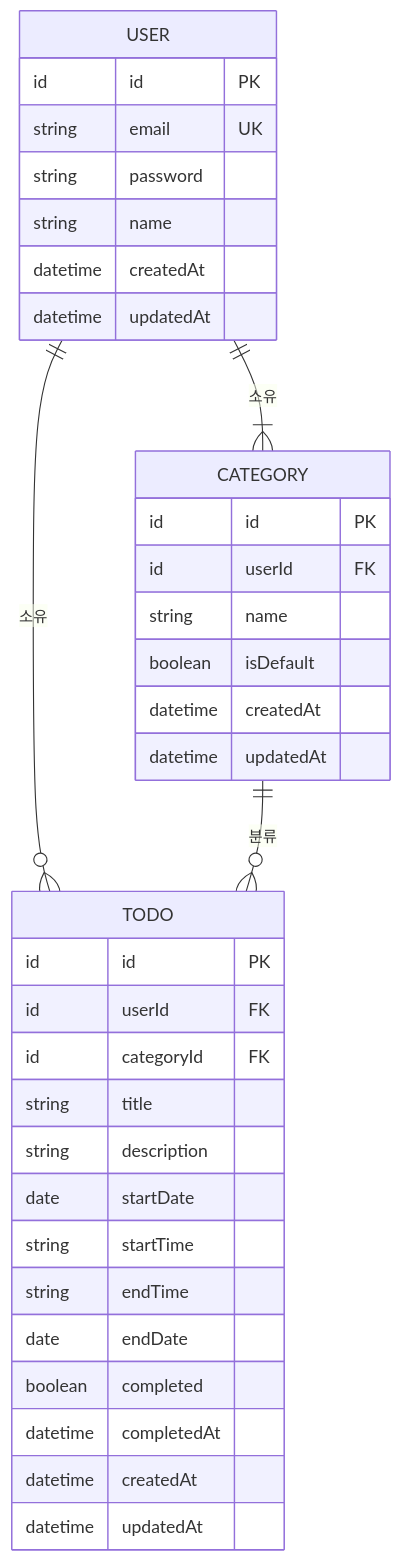
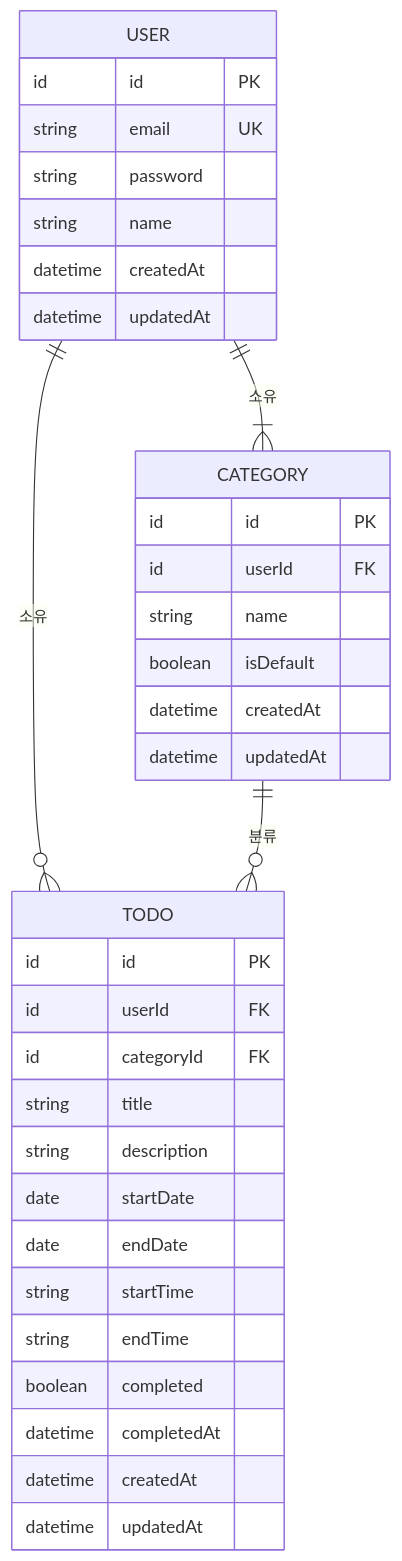
The first of 2 diagrams in docs/7-erd.md (pomyeong/todolist-app), drawn with Mermaid before and after one commit. The commit also changed other lines of this file, not shown here.

First line of the commit message:
docs(erd): schema.sql과 정합성 맞춤 (ERD v0.8)

````diff
--- a/docs/7-erd.md
+++ b/docs/7-erd.md
@@ -56,38 +57,38 @@
 ```mermaid
 erDiagram
     USER ||--|{ CATEGORY : "소유"
     USER ||--o{ TODO : "소유"
     CATEGORY ||--o{ TODO : "분류"
 
     USER {
         id id PK
         string email UK
         string password
         string name
         datetime createdAt
         datetime updatedAt
     }
     CATEGORY {
         id id PK
         id userId FK
         string name
         boolean isDefault
         datetime createdAt
         datetime updatedAt
     }
     TODO {
         id id PK
         id userId FK
         id categoryId FK
         string title
         string description
         date startDate
+        date endDate
         string startTime
         string endTime
-        date endDate
         boolean completed
         datetime completedAt
         datetime createdAt
         datetime updatedAt
     }
 ```
````
